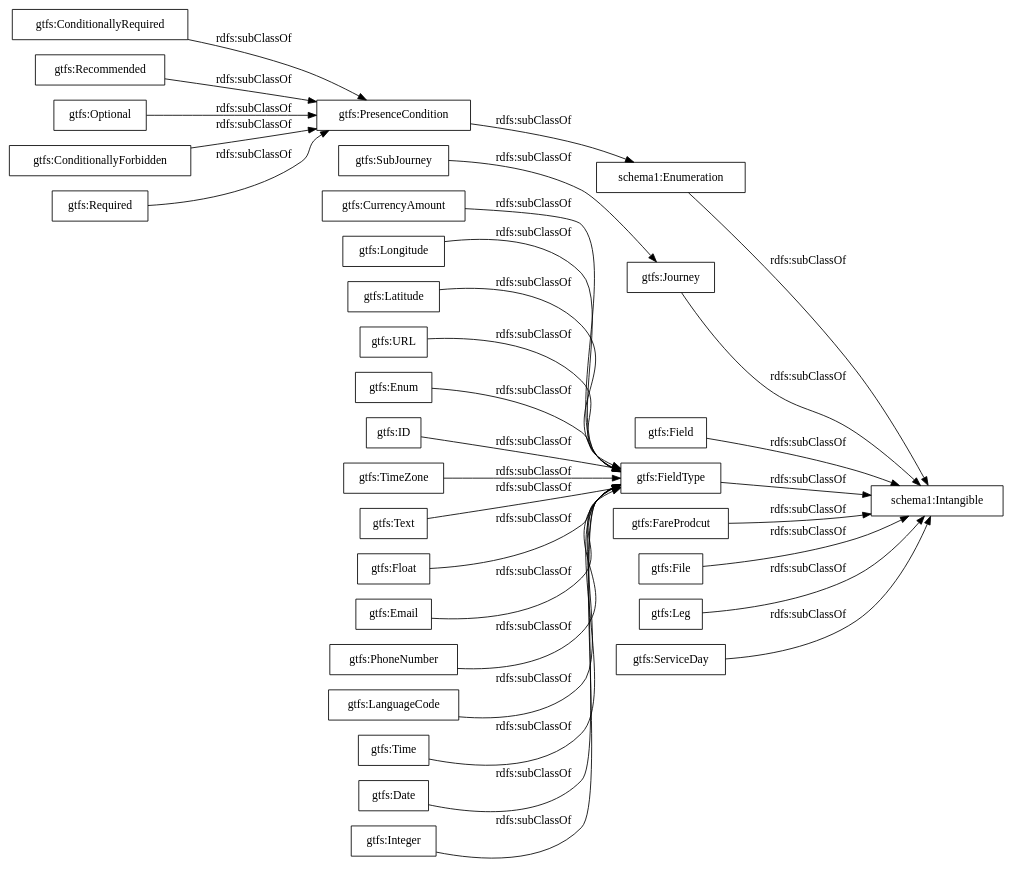
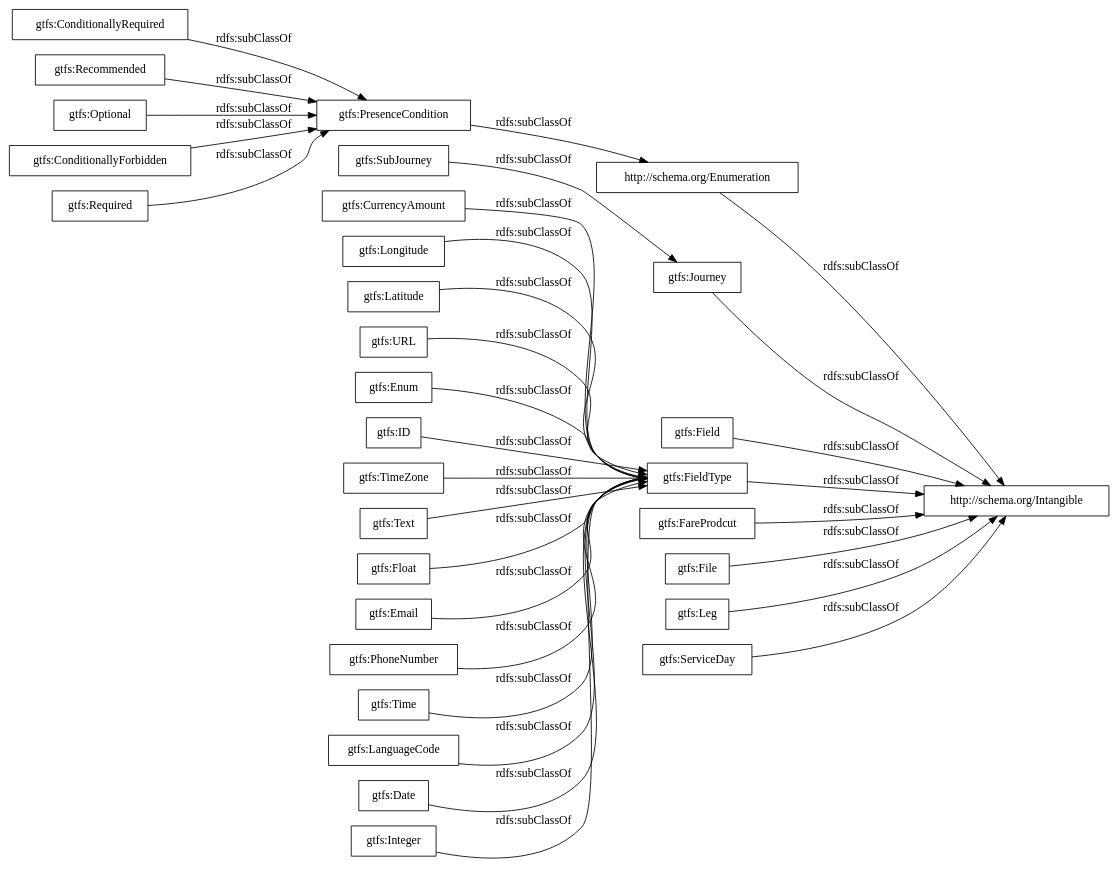
One commit to UTEL-UIUC/GTFS_Ontology changed the diagram in OnToology/GTFS_base.ttl/diagrams/ar2dtool-taxonomy/GTFS_base.ttl.png.dot. Above: the diagram before and after it, drawn with Graphviz. The commit also changed 12 other files, not shown here.

```diff
--- a/OnToology/GTFS_base.ttl/diagrams/ar2dtool-taxonomy/GTFS_base.ttl.png.dot
+++ b/OnToology/GTFS_base.ttl/diagrams/ar2dtool-taxonomy/GTFS_base.ttl.png.dot
@@ -1,36 +1,36 @@
 digraph ar2dtool_diagram { 
 rankdir=LR;
 size="1000"
-node [shape = rectangle, color="black"]; "gtfs:CurrencyAmount" "schema1:Enumeration" "gtfs:ConditionallyRequired" "gtfs:Field" "gtfs:SubJourney" "gtfs:Recommended" "gtfs:Optional" "gtfs:URL" "gtfs:Journey" "schema1:Intangible" "gtfs:Enum" "gtfs:FareProdcut" "gtfs:ConditionallyForbidden" "gtfs:ID" "gtfs:TimeZone" "gtfs:Text" "gtfs:FieldType" "gtfs:Float" "gtfs:File" "gtfs:Email" "gtfs:PhoneNumber" "gtfs:LanguageCode" "gtfs:Time" "gtfs:Leg" "gtfs:Date" "gtfs:PresenceCondition" "gtfs:Integer" "gtfs:ServiceDay" "gtfs:Required" "gtfs:Longitude" "gtfs:Latitude" ; /*classes style*/
-	"gtfs:PresenceCondition" -> "schema1:Enumeration" [ label = "rdfs:subClassOf" ];
+node [shape = rectangle, color="black"]; "gtfs:CurrencyAmount" "http://schema.org/Enumeration" "gtfs:ConditionallyRequired" "gtfs:Field" "gtfs:Recommended" "gtfs:SubJourney" "gtfs:Optional" "gtfs:URL" "gtfs:Journey" "http://schema.org/Intangible" "gtfs:Enum" "gtfs:FareProdcut" "gtfs:ConditionallyForbidden" "gtfs:ID" "gtfs:TimeZone" "gtfs:Text" "gtfs:File" "gtfs:Float" "gtfs:FieldType" "gtfs:Email" "gtfs:PhoneNumber" "gtfs:Time" "gtfs:LanguageCode" "gtfs:Leg" "gtfs:Date" "gtfs:Integer" "gtfs:PresenceCondition" "gtfs:ServiceDay" "gtfs:Required" "gtfs:Longitude" "gtfs:Latitude" ; /*classes style*/
+	"gtfs:PresenceCondition" -> "http://schema.org/Enumeration" [ label = "rdfs:subClassOf" ];
 	"gtfs:Email" -> "gtfs:FieldType" [ label = "rdfs:subClassOf" ];
 	"gtfs:LanguageCode" -> "gtfs:FieldType" [ label = "rdfs:subClassOf" ];
 	"gtfs:CurrencyAmount" -> "gtfs:FieldType" [ label = "rdfs:subClassOf" ];
 	"gtfs:ConditionallyForbidden" -> "gtfs:PresenceCondition" [ label = "rdfs:subClassOf" ];
 	"gtfs:ID" -> "gtfs:FieldType" [ label = "rdfs:subClassOf" ];
-	"gtfs:Leg" -> "schema1:Intangible" [ label = "rdfs:subClassOf" ];
+	"gtfs:Leg" -> "http://schema.org/Intangible" [ label = "rdfs:subClassOf" ];
 	"gtfs:ConditionallyRequired" -> "gtfs:PresenceCondition" [ label = "rdfs:subClassOf" ];
 	"gtfs:Optional" -> "gtfs:PresenceCondition" [ label = "rdfs:subClassOf" ];
 	"gtfs:Date" -> "gtfs:FieldType" [ label = "rdfs:subClassOf" ];
 	"gtfs:Integer" -> "gtfs:FieldType" [ label = "rdfs:subClassOf" ];
-	"gtfs:File" -> "schema1:Intangible" [ label = "rdfs:subClassOf" ];
+	"gtfs:File" -> "http://schema.org/Intangible" [ label = "rdfs:subClassOf" ];
 	"gtfs:SubJourney" -> "gtfs:Journey" [ label = "rdfs:subClassOf" ];
-	"gtfs:Journey" -> "schema1:Intangible" [ label = "rdfs:subClassOf" ];
+	"gtfs:Journey" -> "http://schema.org/Intangible" [ label = "rdfs:subClassOf" ];
 	"gtfs:URL" -> "gtfs:FieldType" [ label = "rdfs:subClassOf" ];
 	"gtfs:Recommended" -> "gtfs:PresenceCondition" [ label = "rdfs:subClassOf" ];
 	"gtfs:Text" -> "gtfs:FieldType" [ label = "rdfs:subClassOf" ];
-	"gtfs:FareProdcut" -> "schema1:Intangible" [ label = "rdfs:subClassOf" ];
+	"gtfs:FareProdcut" -> "http://schema.org/Intangible" [ label = "rdfs:subClassOf" ];
 	"gtfs:Time" -> "gtfs:FieldType" [ label = "rdfs:subClassOf" ];
+	"gtfs:Latitude" -> "gtfs:FieldType" [ label = "rdfs:subClassOf" ];
 	"gtfs:TimeZone" -> "gtfs:FieldType" [ label = "rdfs:subClassOf" ];
-	"gtfs:Latitude" -> "gtfs:FieldType" [ label = "rdfs:subClassOf" ];
-	"gtfs:FieldType" -> "schema1:Intangible" [ label = "rdfs:subClassOf" ];
-	"gtfs:Field" -> "schema1:Intangible" [ label = "rdfs:subClassOf" ];
-	"gtfs:ServiceDay" -> "schema1:Intangible" [ label = "rdfs:subClassOf" ];
+	"gtfs:FieldType" -> "http://schema.org/Intangible" [ label = "rdfs:subClassOf" ];
+	"gtfs:Field" -> "http://schema.org/Intangible" [ label = "rdfs:subClassOf" ];
+	"gtfs:ServiceDay" -> "http://schema.org/Intangible" [ label = "rdfs:subClassOf" ];
+	"gtfs:Longitude" -> "gtfs:FieldType" [ label = "rdfs:subClassOf" ];
+	"http://schema.org/Enumeration" -> "http://schema.org/Intangible" [ label = "rdfs:subClassOf" ];
 	"gtfs:Required" -> "gtfs:PresenceCondition" [ label = "rdfs:subClassOf" ];
-	"schema1:Enumeration" -> "schema1:Intangible" [ label = "rdfs:subClassOf" ];
-	"gtfs:Longitude" -> "gtfs:FieldType" [ label = "rdfs:subClassOf" ];
 	"gtfs:Float" -> "gtfs:FieldType" [ label = "rdfs:subClassOf" ];
 	"gtfs:Enum" -> "gtfs:FieldType" [ label = "rdfs:subClassOf" ];
 	"gtfs:PhoneNumber" -> "gtfs:FieldType" [ label = "rdfs:subClassOf" ];
 
 }
```
